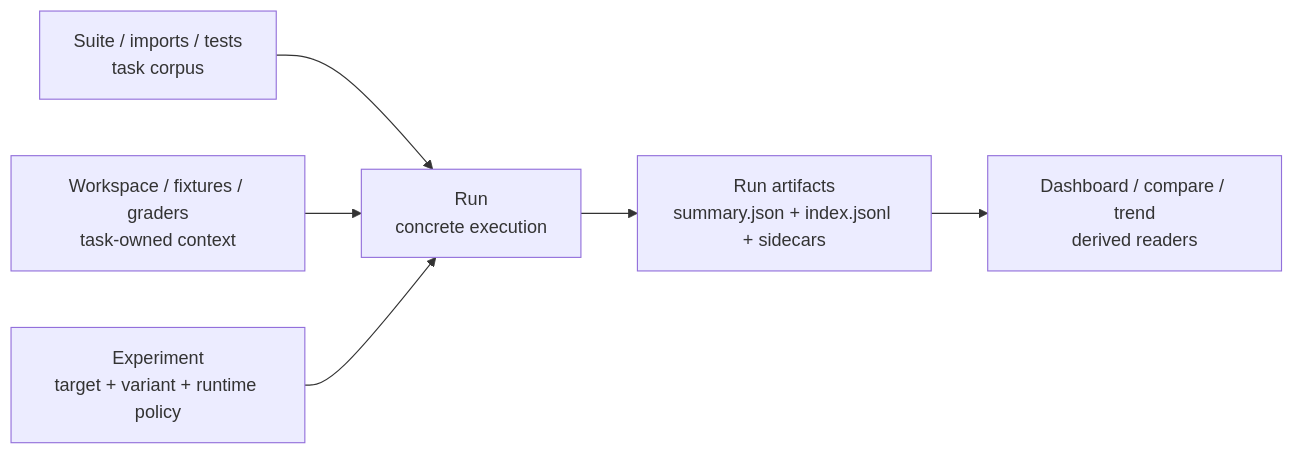
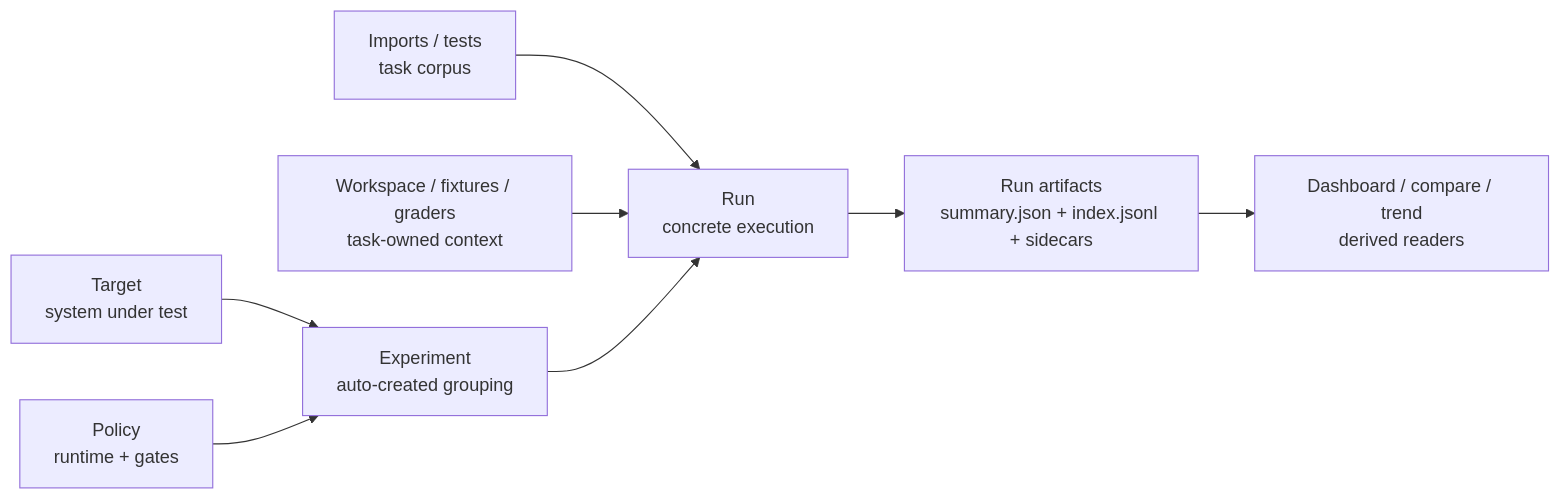
One commit to EntityProcess/agentv changed the diagram in README.md. Above: the diagram before and after it, drawn with Mermaid. The commit also changed other lines of this file and 3 other files, not shown here.

Commit message:
docs(readme): clarify experiment layout and rubric schema

````diff
--- a/README.md
+++ b/README.md
@@ -51,15 +24,19 @@
 ```mermaid
 flowchart LR
-  corpus["Suite / imports / tests<br/>task corpus"]
+  corpus["Imports / tests<br/>task corpus"]
   context["Workspace / fixtures / graders<br/>task-owned context"]
-  experiment["Experiment<br/>target + variant + runtime policy"]
+  target["Target<br/>system under test"]
+  policy["Policy<br/>runtime + gates"]
+  experiment["Experiment<br/>auto-created grouping"]
   run["Run<br/>concrete execution"]
   artifacts["Run artifacts<br/>summary.json + index.jsonl + sidecars"]
   readers["Dashboard / compare / trend<br/>derived readers"]
 
   corpus --> run
   context --> run
+  target --> experiment
+  policy --> experiment
   experiment --> run
   run --> artifacts
   artifacts --> readers
 ```
````
